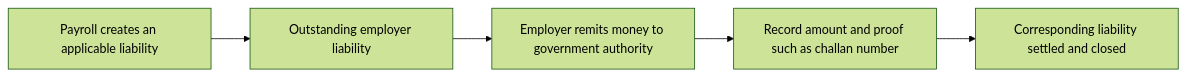
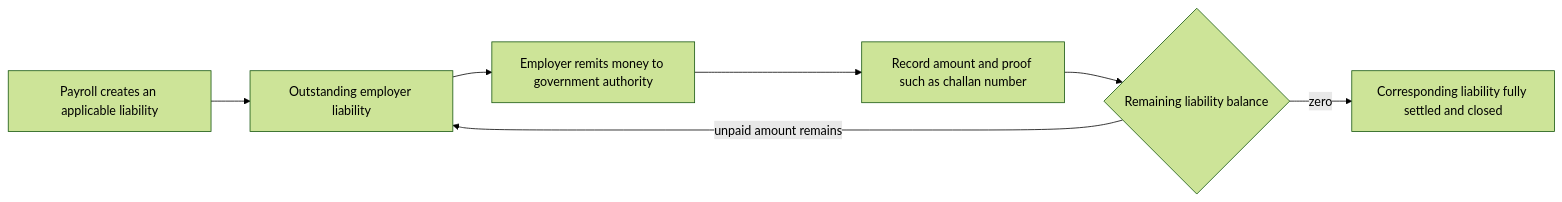
One commit to agentlabs-poc/agentlabs-payroll-ledger-lab changed the second of 3 diagrams in docs/payroll-outputs.md. Above: the diagram before and after it, drawn with Mermaid (forest theme). The commit also changed other lines of this file and 9 other files, not shown here.

````diff
--- a/docs/payroll-outputs.md
+++ b/docs/payroll-outputs.md
@@ -71,7 +72,9 @@
 ```mermaid
 flowchart LR
     D[Payroll creates an applicable liability] --> L[Outstanding employer liability]
     L --> M[Employer remits money to government authority]
     M --> E[Record amount and proof such as challan number]
-    E --> C[Corresponding liability settled and closed]
+    E --> B{Remaining liability balance}
+    B -->|zero| C[Corresponding liability fully settled and closed]
+    B -->|unpaid amount remains| L
 ```
````
